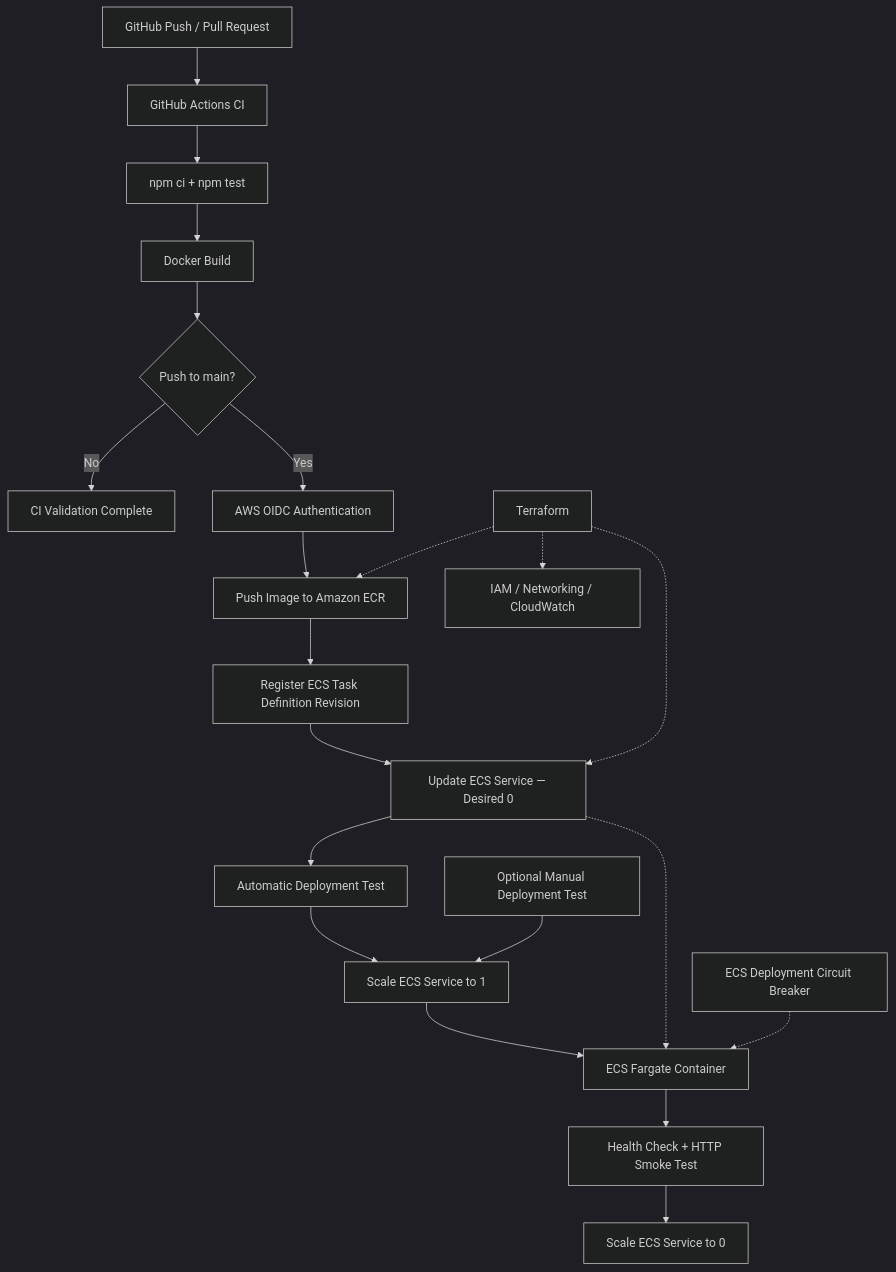
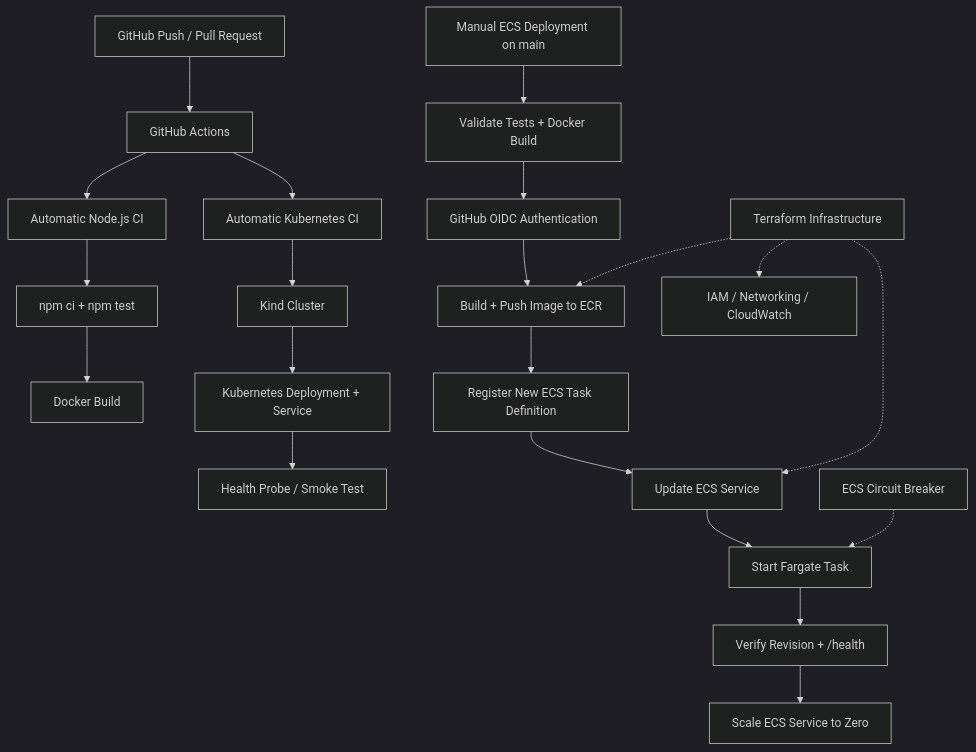
The diagram in README.md (ahmad-abdulmajid/cloudpipeline-app), drawn with Mermaid (dark theme) before and after one commit. The commit also changed other lines of this file, not shown here.

Commit message:
Update CloudPipeline README with CI CD and Kubernetes

````diff
--- a/README.md
+++ b/README.md
@@ -21,26 +25,29 @@
 ```mermaid
 flowchart TD
-    A["GitHub Push / Pull Request"] --> B["GitHub Actions CI"]
-    B --> C["npm ci + npm test"]
-    C --> D["Docker Build"]
-    D --> E{"Push to main?"}
-    E -->|No| F["CI Validation Complete"]
-    E -->|Yes| G["AWS OIDC Authentication"]
-    G --> H["Push Image to Amazon ECR"]
-    H --> I["Register ECS Task Definition Revision"]
-    I --> J["Update ECS Service — Desired 0"]
+    A["GitHub Push / Pull Request"] --> B["GitHub Actions"]
 
-    J --> K["Automatic Deployment Test"]
-    K --> L["Scale ECS Service to 1"]
-    S["Optional Manual Deployment Test"] --> L
-    L --> M["ECS Fargate Container"]
-    M --> N["Health Check + HTTP Smoke Test"]
-    N --> O["Scale ECS Service to 0"]
+    B --> C["Automatic Node.js CI"]
+    B --> D["Automatic Kubernetes CI"]
 
-    P["Terraform"] -.-> H
-    P -.-> J
-    P -.-> Q["IAM / Networking / CloudWatch"]
+    C --> E["npm ci + npm test"]
+    E --> F["Docker Build"]
 
-    J -.-> M
-    R["ECS Deployment Circuit Breaker"] -.-> M
+    D --> G["Kind Cluster"]
+    G --> H["Kubernetes Deployment + Service"]
+    H --> I["Health Probe / Smoke Test"]
+
+    J["Manual ECS Deployment on main"] --> K["Validate Tests + Docker Build"]
+    K --> L["GitHub OIDC Authentication"]
+    L --> M["Build + Push Image to ECR"]
+    M --> N["Register New ECS Task Definition"]
+    N --> O["Update ECS Service"]
+    O --> P["Start Fargate Task"]
+    P --> Q["Verify Revision + /health"]
+    Q --> R["Scale ECS Service to Zero"]
+
+    S["Terraform Infrastructure"] -.-> M
+    S -.-> O
+    S -.-> T["IAM / Networking / CloudWatch"]
+
+    U["ECS Circuit Breaker"] -.-> P
 ```
````
